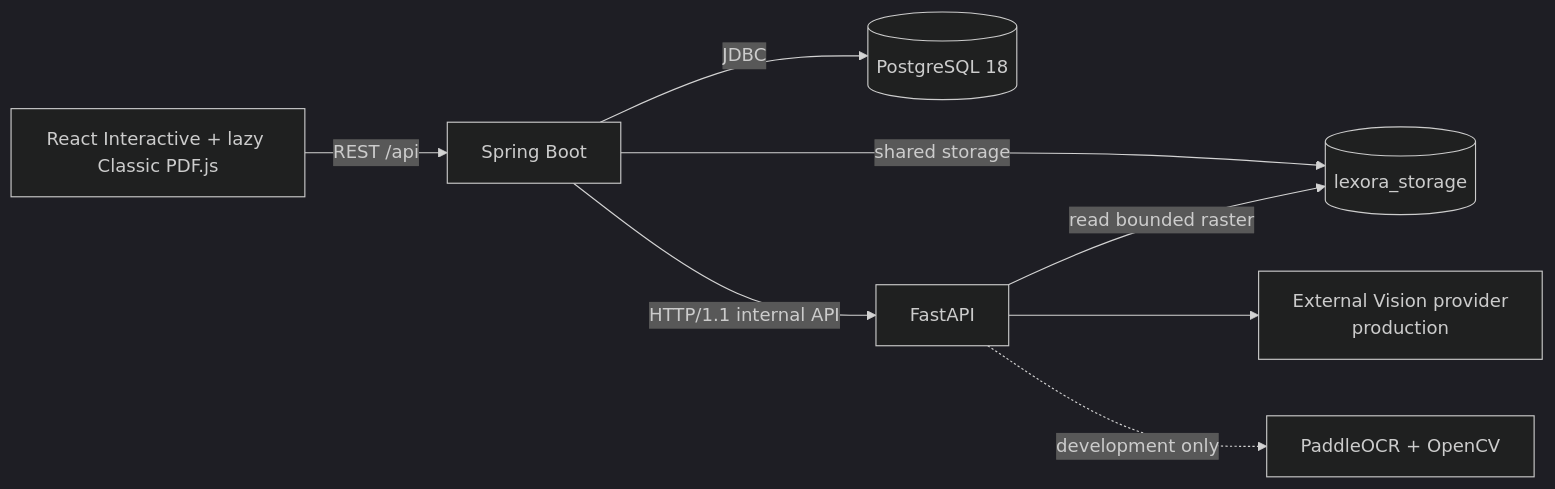
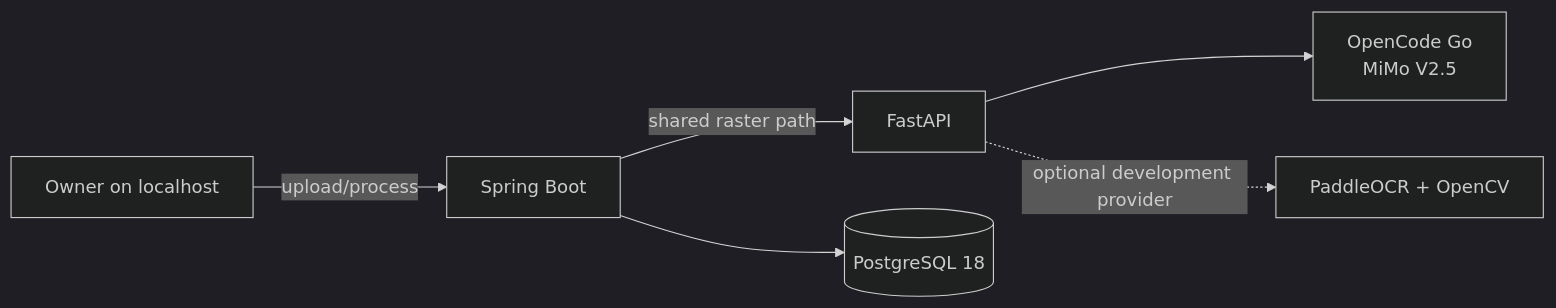
Before and after one commit to darroyo083/Lexora: the second of 2 diagrams in docs/architecture.md, drawn with Mermaid (dark theme). The commit also changed other lines of this file and 7 other files, not shown here.

````diff
--- a/docs/architecture.md
+++ b/docs/architecture.md
@@ -7,10 +18,8 @@
 ```mermaid
 flowchart LR
-    Browser[React Interactive + lazy Classic PDF.js] -->|REST /api| Backend[Spring Boot]
-    Backend -->|JDBC| Postgres[(PostgreSQL 18)]
-    Backend -->|shared storage| Storage[(lexora_storage)]
-    Backend -->|HTTP/1.1 internal API| AI[FastAPI]
-    AI -->|read bounded raster| Storage
-    AI --> Vision[External Vision provider<br/>production]
-    AI -. development only .-> Local[PaddleOCR + OpenCV]
+    Owner[Owner on localhost] -->|upload/process| Backend[Spring Boot]
+    Backend -->|shared raster path| AI[FastAPI]
+    AI --> Vision[OpenCode Go<br/>MiMo V2.5]
+    AI -. optional development provider .-> Local[PaddleOCR + OpenCV]
+    Backend --> Postgres[(PostgreSQL 18)]
 ```
````
